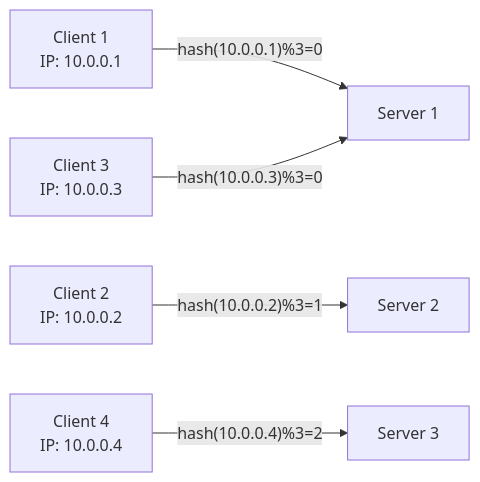
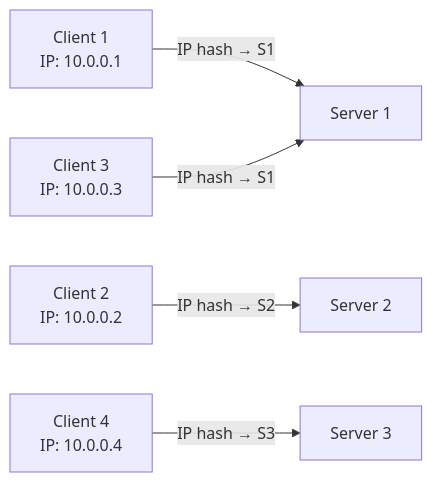
Before and after one commit to akeverus/cheat-sheet: diagram 13 of 16 in cheatsheets/interview/architecture/load-balancing-interview.md, drawn with Mermaid. The commit also changed other lines of this file and 6 other files, not shown here.

````diff
--- a/cheatsheets/interview/architecture/load-balancing-interview.md
+++ b/cheatsheets/interview/architecture/load-balancing-interview.md
@@ -1689,7 +1664,7 @@
 ```mermaid
 graph LR
-    C1["Client 1<br/>IP: 10.0.0.1"] -->|"hash(10.0.0.1)%3=0"| S1[Server 1]
-    C2["Client 2<br/>IP: 10.0.0.2"] -->|"hash(10.0.0.2)%3=1"| S2[Server 2]
-    C3["Client 3<br/>IP: 10.0.0.3"] -->|"hash(10.0.0.3)%3=0"| S1
-    C4["Client 4<br/>IP: 10.0.0.4"] -->|"hash(10.0.0.4)%3=2"| S3[Server 3]
+    C1["Client 1<br/>IP: 10.0.0.1"] -->|"IP hash → S1"| S1[Server 1]
+    C2["Client 2<br/>IP: 10.0.0.2"] -->|"IP hash → S2"| S2[Server 2]
+    C3["Client 3<br/>IP: 10.0.0.3"] -->|"IP hash → S1"| S1
+    C4["Client 4<br/>IP: 10.0.0.4"] -->|"IP hash → S3"| S3[Server 3]
 ```
````
